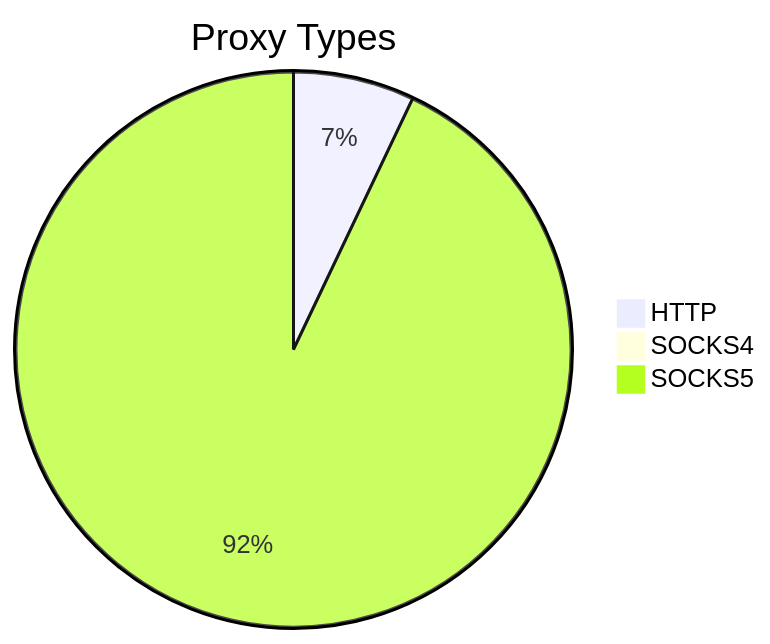
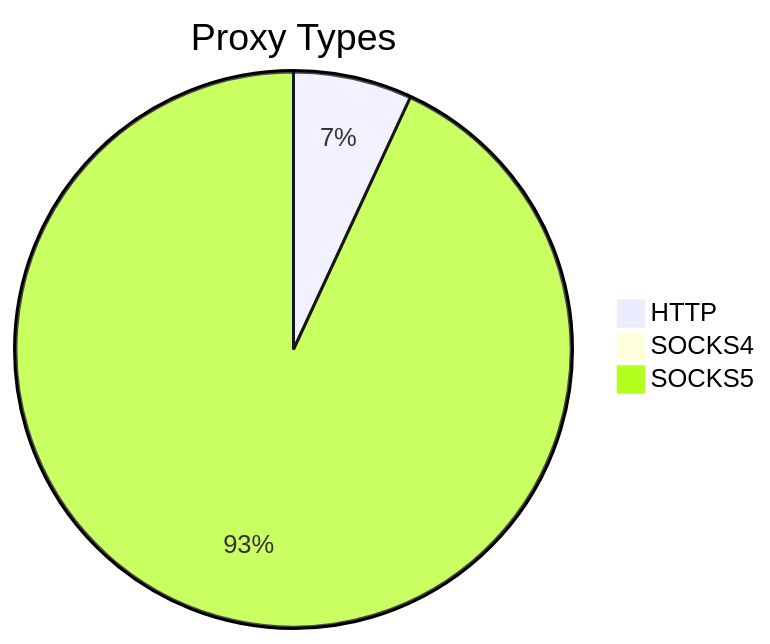
One commit to stormsia/proxy-list changed the first of 2 diagrams in README.md. Above: the diagram before and after it, drawn with Mermaid. The commit also changed other lines of this file, not shown here.

````diff
--- a/README.md
+++ b/README.md
@@ -21,6 +21,6 @@
 ```mermaid
 pie title Proxy Types
-    "HTTP" : 277
-    "SOCKS4" : 22
-    "SOCKS5" : 3648
+    "HTTP" : 268
+    "SOCKS4" : 17
+    "SOCKS5" : 3611
 ```
````
